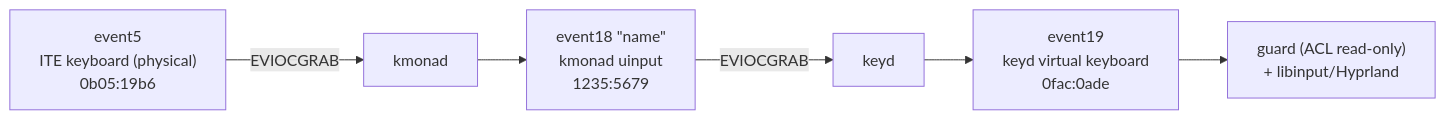
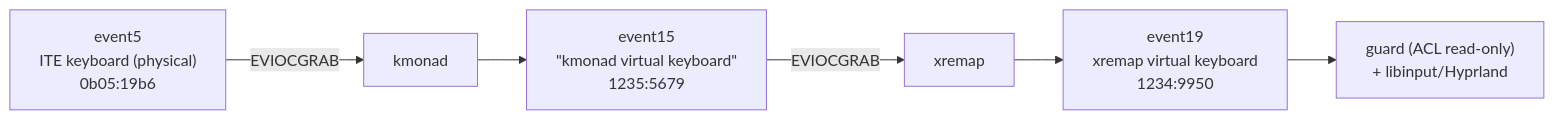
One commit to ceblan/omarchy-trackpad-guard changed the diagram in README.md. Above: the diagram before and after it, drawn with Mermaid. The commit also changed other lines of this file, not shown here.

First line of the commit message:
docs: port README to the kmonad -> xremap stack

````diff
--- a/README.md
+++ b/README.md
@@ -15,8 +15,8 @@
 ```mermaid
 flowchart LR
     A["event5<br>ITE keyboard (physical)<br>0b05:19b6"] -->|EVIOCGRAB| B["kmonad"]
-    B --> C["event18 #quot;name#quot;<br>kmonad uinput<br>1235:5679"]
-    C -->|EVIOCGRAB| D["keyd"]
-    D --> E["event19<br>keyd virtual keyboard<br>0fac:0ade"]
+    B --> C["event15<br>#quot;kmonad virtual keyboard#quot;<br>1235:5679"]
+    C -->|EVIOCGRAB| D["xremap"]
+    D --> E["event19<br>xremap virtual keyboard<br>1234:9950"]
     E --> F["guard (ACL read-only)<br>+ libinput/Hyprland"]
 ```
````
